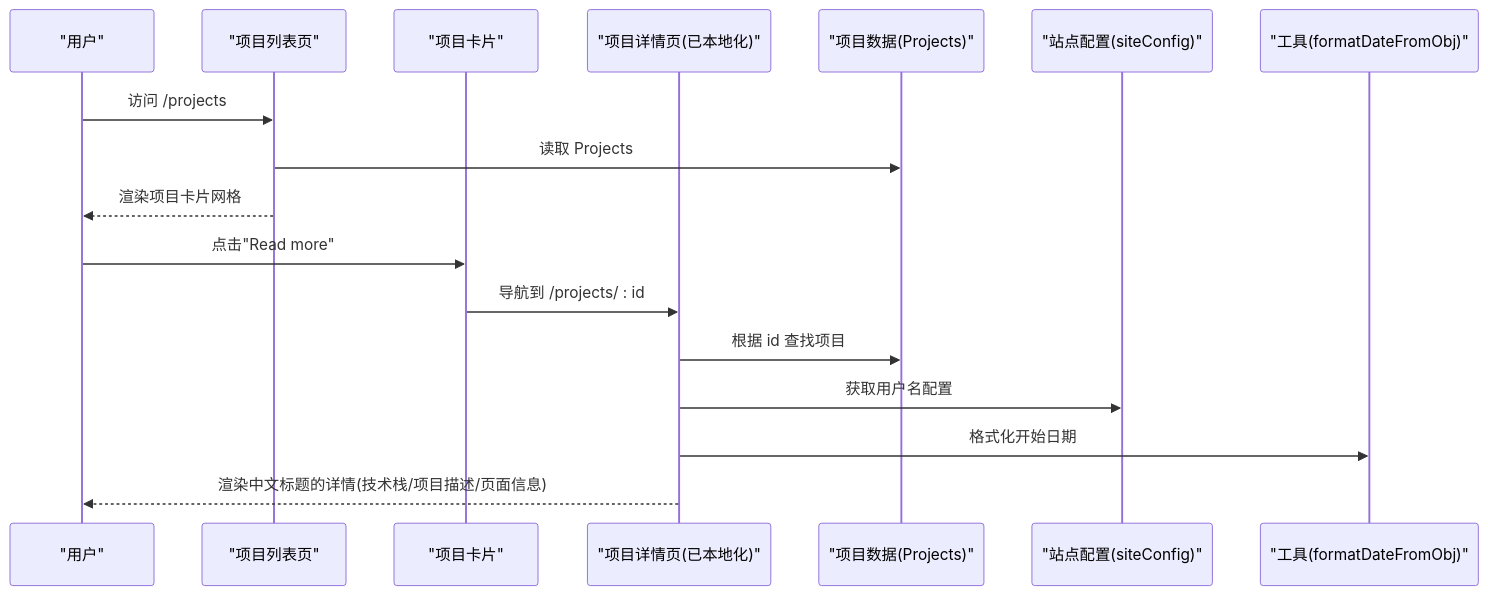
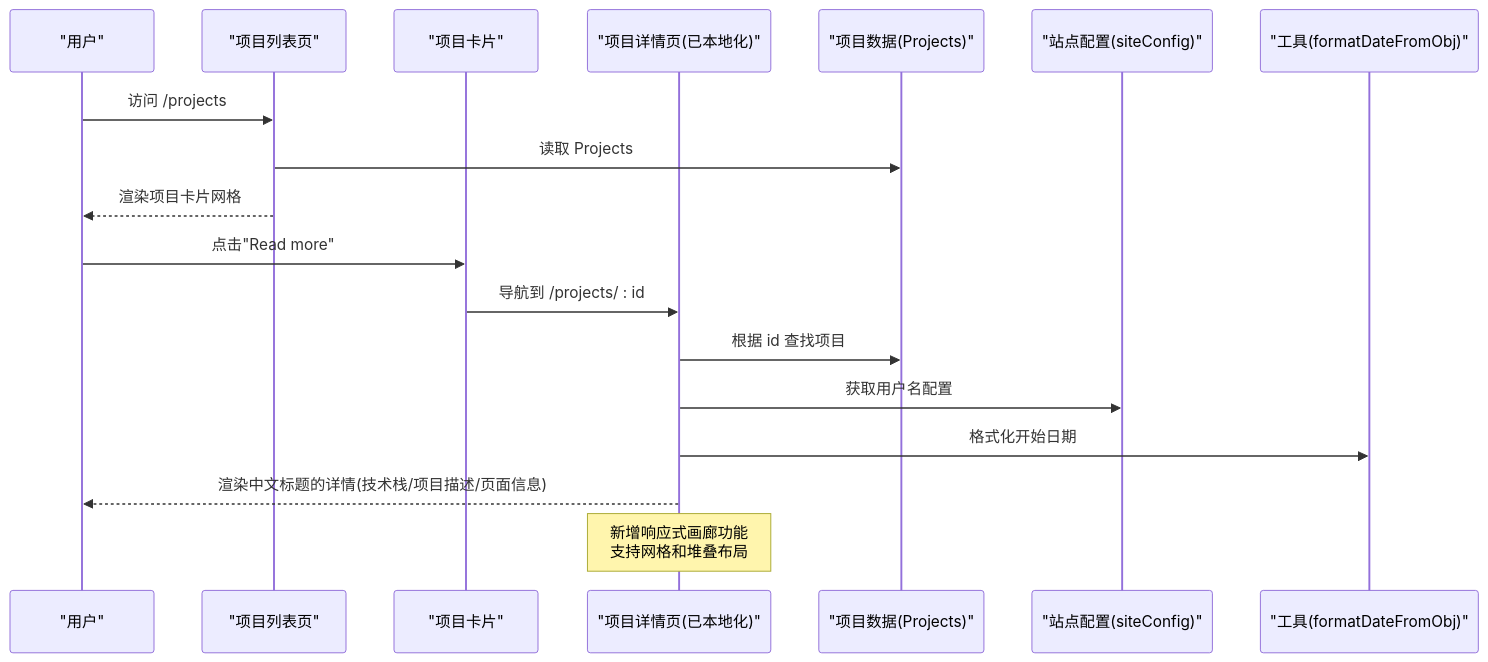
One commit to florianjsun/next-portfolio changed the second of 6 diagrams in .qoder/repowiki/zh/content/核心功能模块/项目展示模块/项目展示模块.md. Above: the diagram before and after it, drawn with Mermaid. The commit also changed other lines of this file and 80 other files, not shown here.

````diff
--- a/.qoder/repowiki/zh/content/核心功能模块/项目展示模块/项目展示模块.md
+++ b/.qoder/repowiki/zh/content/核心功能模块/项目展示模块/项目展示模块.md
@@ -112,19 +115,20 @@
 ```mermaid
 sequenceDiagram
 participant User as "用户"
 participant List as "项目列表页"
 participant Card as "项目卡片"
 participant Detail as "项目详情页(已本地化)"
 participant Data as "项目数据(Projects)"
 participant Site as "站点配置(siteConfig)"
 participant Utils as "工具(formatDateFromObj)"
 User->>List : 访问 /projects
 List->>Data : 读取 Projects
 List-->>User : 渲染项目卡片网格
 User->>Card : 点击"Read more"
 Card->>Detail : 导航到 /projects/ : id
 Detail->>Data : 根据 id 查找项目
 Detail->>Site : 获取用户名配置
 Detail->>Utils : 格式化开始日期
 Detail-->>User : 渲染中文标题的详情(技术栈/项目描述/页面信息)
+Note over Detail : 新增响应式画廊功能<br/>支持网格和堆叠布局
 ```
````
